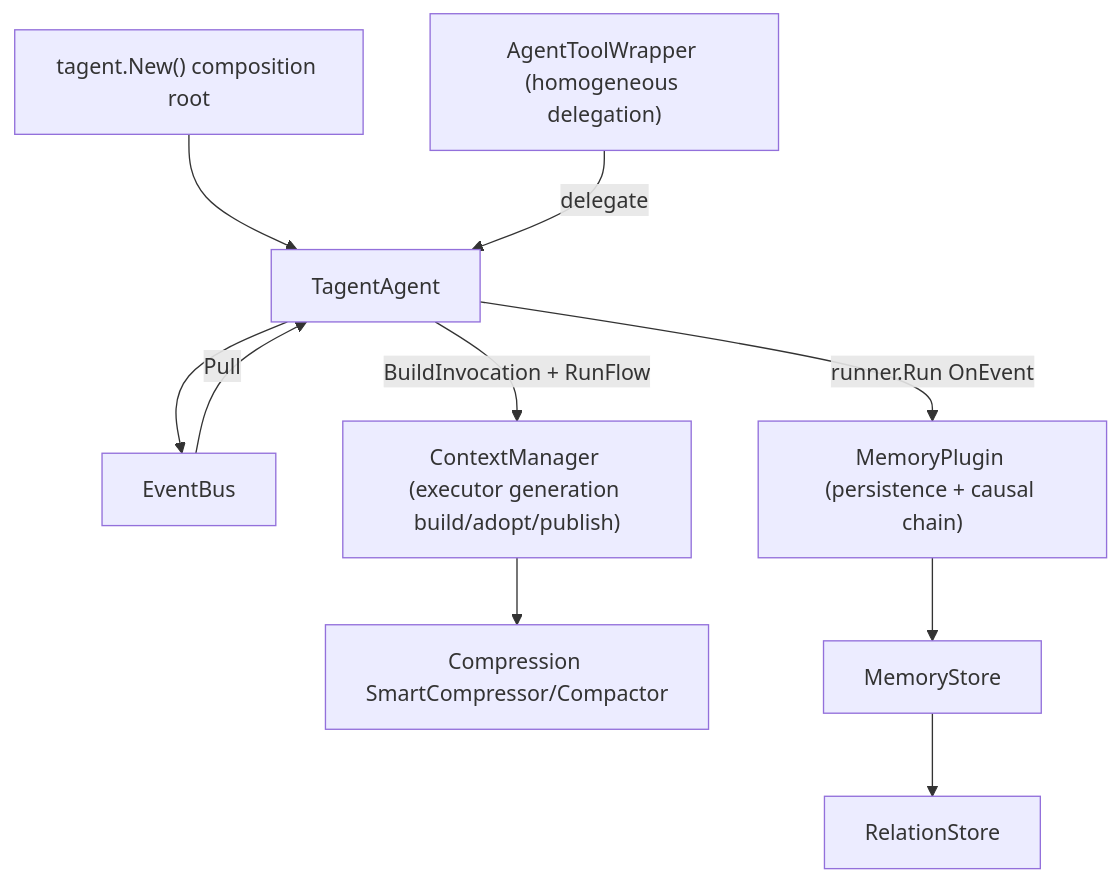
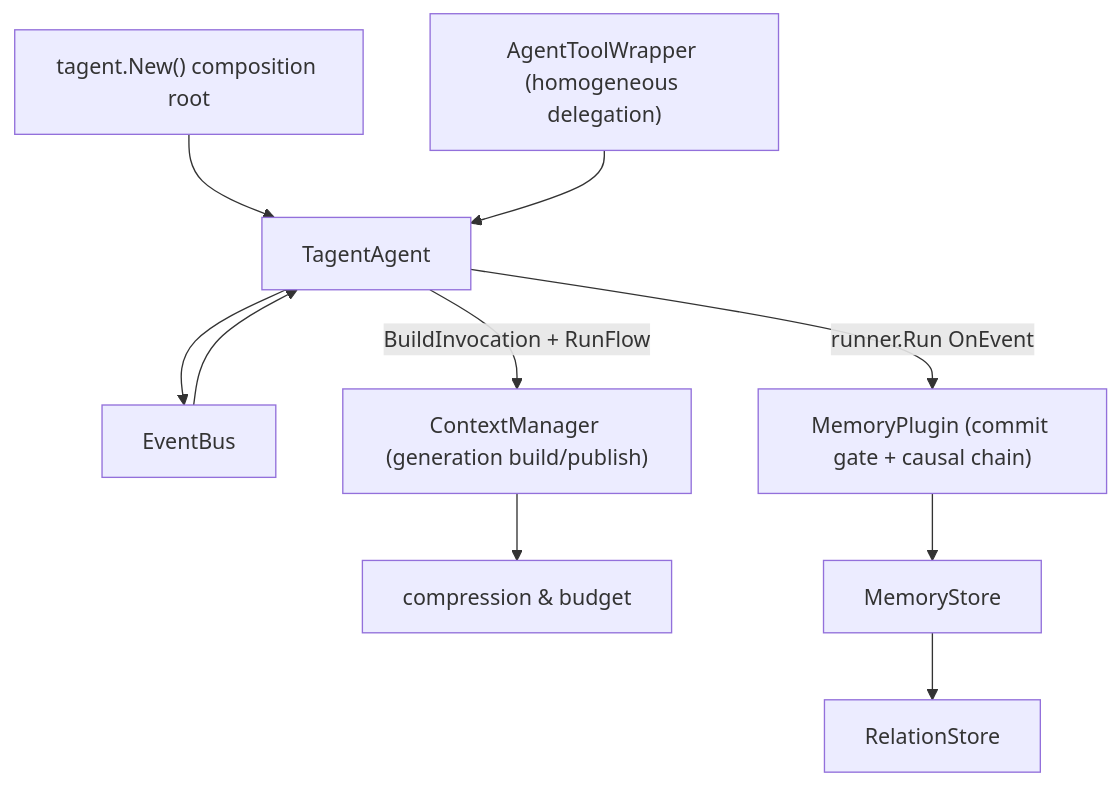
The second of 2 diagrams in README_EN.md (SpellingDragon/tagent), drawn with Mermaid before and after one commit. The commit also changed other lines of this file and 1 other file, not shown here.

````diff
--- a/README_EN.md
+++ b/README_EN.md
@@ -62,16 +121,8 @@
 ```mermaid
 graph TB
-    ROOT["tagent.New() composition root"]
-    TA["TagentAgent"]
-    EB["EventBus"]
-    CM["ContextManager (executor generation build/adopt/publish)"]
-    SC["Compression SmartCompressor/Compactor"]
-    MP["MemoryPlugin (persistence + causal chain)"]
-    MS["MemoryStore"]
-    RS["RelationStore"]
-    ATW["AgentToolWrapper (homogeneous delegation)"]
-    ROOT --> TA --> EB -->|Pull| TA
-    TA -->|BuildInvocation + RunFlow| CM --> SC
-    TA -->|runner.Run OnEvent| MP --> MS --> RS
-    ATW -->|delegate| TA
+    ROOT["tagent.New() composition root"] --> TA["TagentAgent"]
+    TA --> EB["EventBus"] --> TA
+    TA -->|BuildInvocation + RunFlow| CM["ContextManager (generation build/publish)"] --> SC["compression & budget"]
+    TA -->|runner.Run OnEvent| MP["MemoryPlugin (commit gate + causal chain)"] --> MS["MemoryStore"] --> RS["RelationStore"]
+    ATW["AgentToolWrapper (homogeneous delegation)"] --> TA
 ```
````
